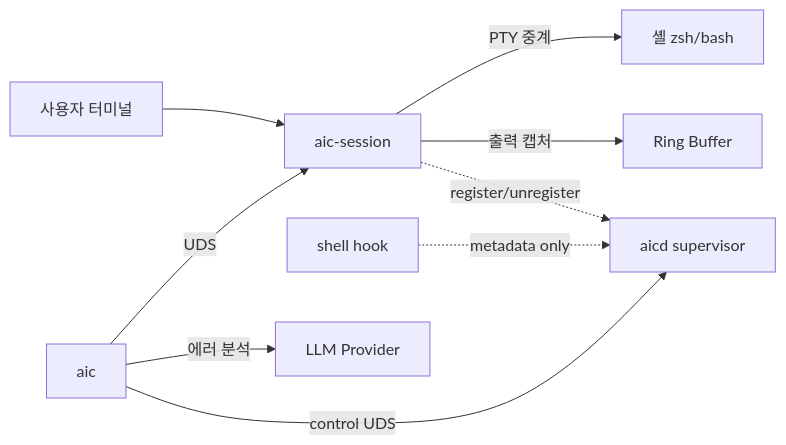
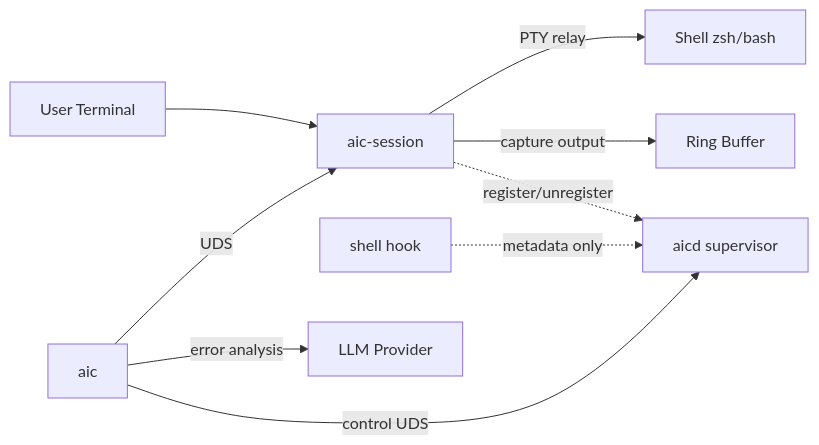
Before and after one commit to x-mesh/aic: the diagram in README.md, drawn with Mermaid. The commit also changed other lines of this file and 1 other file, not shown here.

````diff
--- a/README.md
+++ b/README.md
@@ -15,11 +17,11 @@
 ```mermaid
 graph LR
-    User[사용자 터미널] --> Session[aic-session]
-    Session -->|PTY 중계| Shell[셸 zsh/bash]
-    Session -->|출력 캡처| RB[Ring Buffer]
+    User[User Terminal] --> Session[aic-session]
+    Session -->|PTY relay| Shell[Shell zsh/bash]
+    Session -->|capture output| RB[Ring Buffer]
     Session -.register/unregister.-> AICD[aicd supervisor]
     Hook[shell hook] -.metadata only.-> AICD
     Client[aic] -->|UDS| Session
     Client -->|control UDS| AICD
-    Client -->|에러 분석| LLM[LLM Provider]
+    Client -->|error analysis| LLM[LLM Provider]
 ```
````
